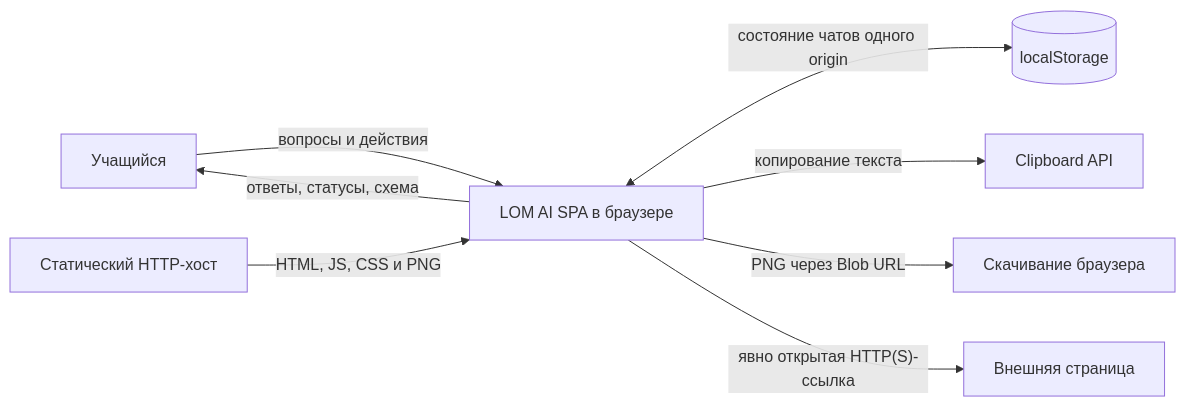
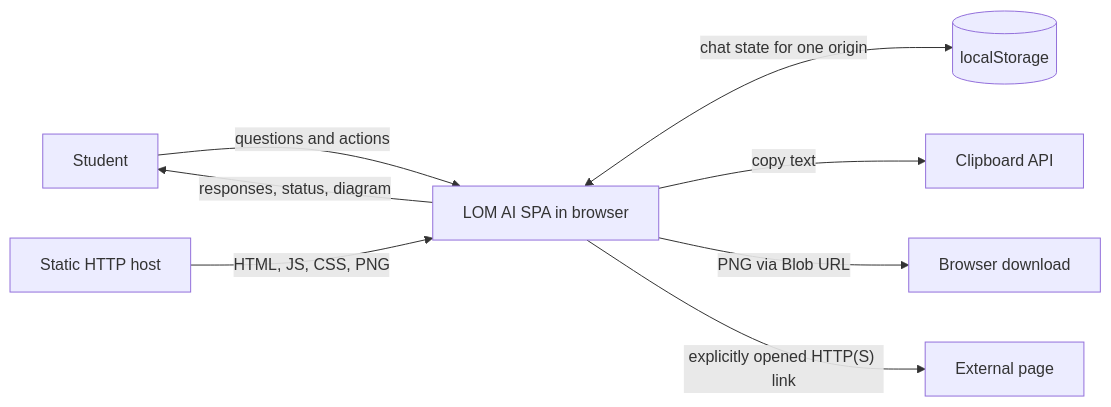
The first of 4 diagrams in docs/Architecture.md (AlinaZolotavina/study-chat), drawn with Mermaid before and after one commit. The commit also changed other lines of this file and 69 other files, not shown here.

````diff
--- a/docs/Architecture.md
+++ b/docs/Architecture.md
@@ -13,10 +17,10 @@
 ```mermaid
 flowchart LR
-    User["Учащийся"] -->|вопросы и действия| SPA["LOM AI SPA в браузере"]
-    SPA -->|ответы, статусы, схема| User
-    Host["Статический HTTP-хост"] -->|HTML, JS, CSS и PNG| SPA
-    SPA <-->|состояние чатов одного origin| Storage[("localStorage")]
-    SPA -->|копирование текста| Clipboard["Clipboard API"]
-    SPA -->|PNG через Blob URL| Download["Скачивание браузера"]
-    SPA -->|"явно открытая HTTP(S)-ссылка"| External["Внешняя страница"]
+    User["Student"] -->|questions and actions| SPA["LOM AI SPA in browser"]
+    SPA -->|responses, status, diagram| User
+    Host["Static HTTP host"] -->|HTML, JS, CSS, PNG| SPA
+    SPA <-->|chat state for one origin| Storage[("localStorage")]
+    SPA -->|copy text| Clipboard["Clipboard API"]
+    SPA -->|PNG via Blob URL| Download["Browser download"]
+    SPA -->|"explicitly opened HTTP(S) link"| External["External page"]
 ```
````
